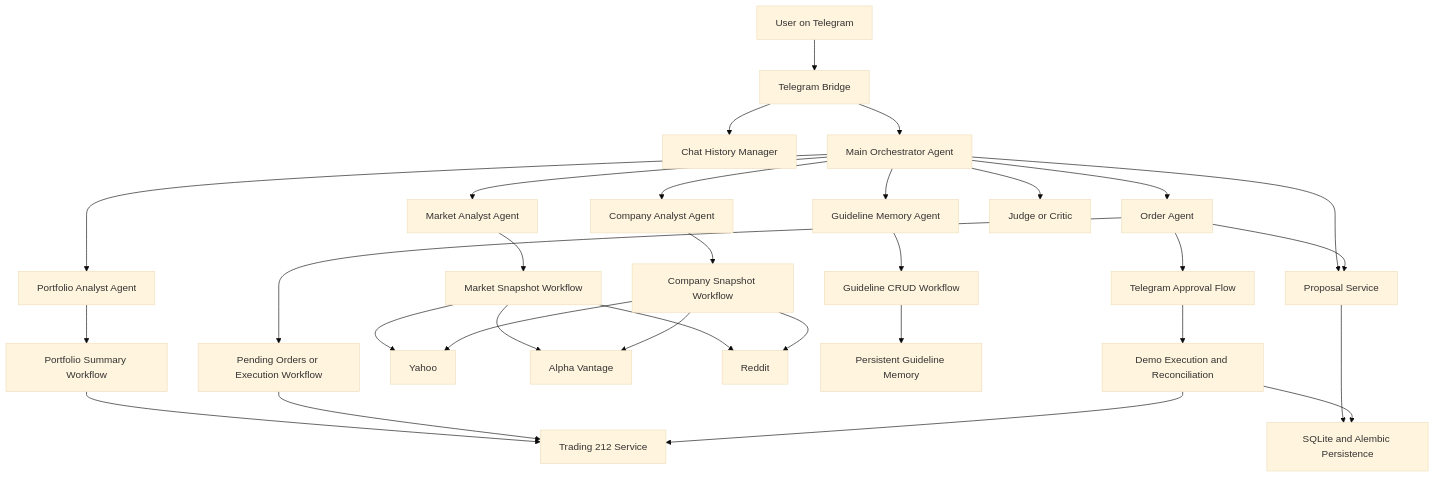
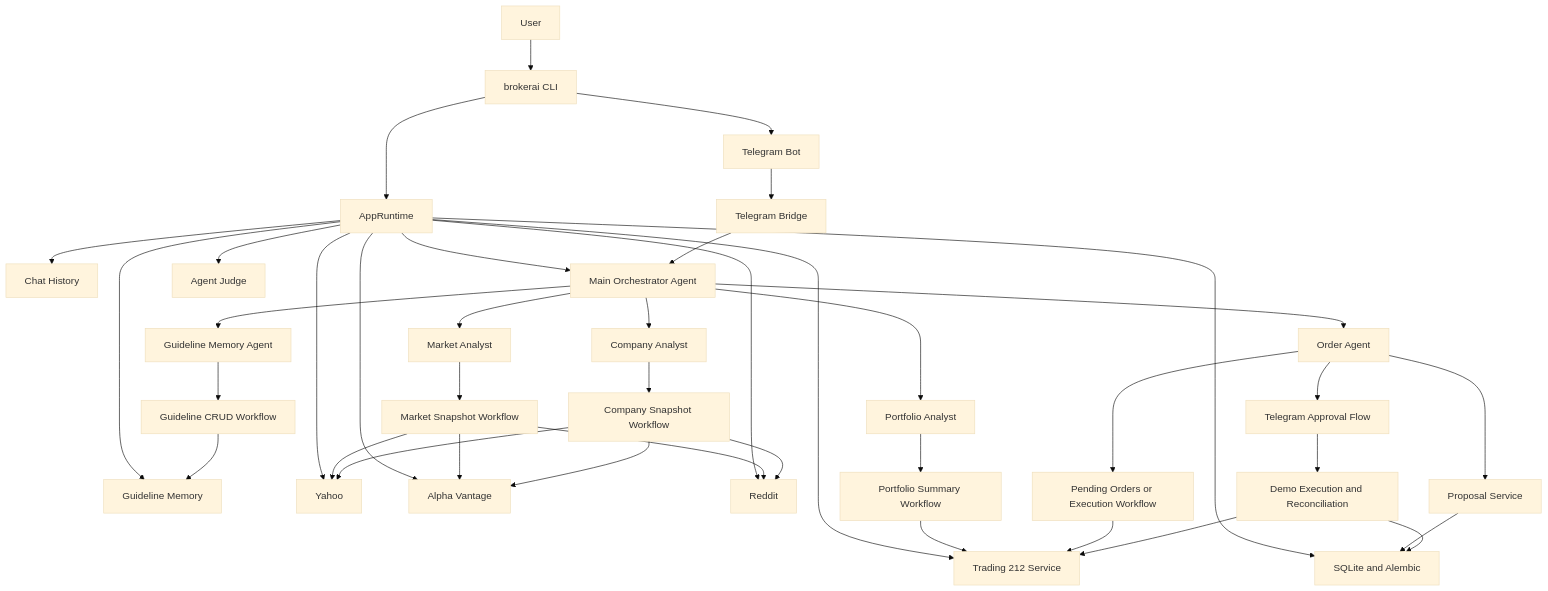
Before and after one commit to applebar17/T212AI: the eighth of 9 diagrams in docs/ARCHITECTURE_DIAGRAMS.md, drawn with Mermaid (base theme). The commit also changed other lines of this file and 1 other file, not shown here.

````diff
--- a/docs/ARCHITECTURE_DIAGRAMS.md
+++ b/docs/ARCHITECTURE_DIAGRAMS.md
@@ -83,38 +167,48 @@
 ```mermaid
 flowchart TD
-    U[User on Telegram] --> TG[Telegram Bridge]
-    TG --> HIST[Chat History Manager]
-    TG --> ORCH[Main Orchestrator Agent]
+    U[User] --> CLI[brokerai CLI]
+    CLI --> RT[AppRuntime]
+    CLI --> BOT[Telegram Bot]
 
-    ORCH --> PORT[Portfolio Analyst Agent]
+    RT --> GUIDE[Guideline Memory]
+    RT --> HIST[Chat History]
+    RT --> ORCH[Main Orchestrator Agent]
+    RT --> JUDGE[Agent Judge]
+    RT --> T212[Trading 212 Service]
+    RT --> YAHOO[Yahoo]
+    RT --> ALPHA[Alpha Vantage]
+    RT --> REDDIT[Reddit]
+    RT --> DB[SQLite and Alembic]
+
+    BOT --> TG[Telegram Bridge]
+    TG --> ORCH
+
+    ORCH --> PORT[Portfolio Analyst]
     ORCH --> ORDER[Order Agent]
-    ORCH --> MARKET[Market Analyst Agent]
-    ORCH --> COMPANY[Company Analyst Agent]
+    ORCH --> MARKET[Market Analyst]
+    ORCH --> COMPANY[Company Analyst]
     ORCH --> MEMORY[Guideline Memory Agent]
-
-    ORCH --> JUDGE[Judge or Critic]
 
     PORT --> WF1[Portfolio Summary Workflow]
     ORDER --> WF2[Pending Orders or Execution Workflow]
     MARKET --> WF3[Market Snapshot Workflow]
     COMPANY --> WF4[Company Snapshot Workflow]
     MEMORY --> WF5[Guideline CRUD Workflow]
 
-    WF1 --> T212[Trading 212 Service]
+    WF1 --> T212
     WF2 --> T212
-    WF3 --> YAHOO[Yahoo]
-    WF3 --> ALPHA[Alpha Vantage]
-    WF3 --> REDDIT[Reddit]
+    WF3 --> YAHOO
+    WF3 --> ALPHA
+    WF3 --> REDDIT
     WF4 --> YAHOO
     WF4 --> ALPHA
     WF4 --> REDDIT
-    WF5 --> GUIDE[Persistent Guideline Memory]
+    WF5 --> GUIDE
 
-    ORCH --> PROPOSAL[Proposal Service]
-    ORDER --> PROPOSAL
-    PROPOSAL --> DB[SQLite and Alembic Persistence]
+    ORDER --> PROPOSAL[Proposal Service]
+    PROPOSAL --> DB
     ORDER --> APPROVAL[Telegram Approval Flow]
     APPROVAL --> EXEC[Demo Execution and Reconciliation]
     EXEC --> T212
     EXEC --> DB
 ```
````
